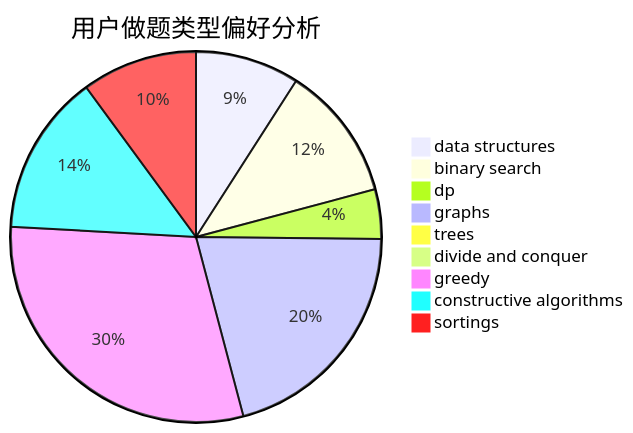
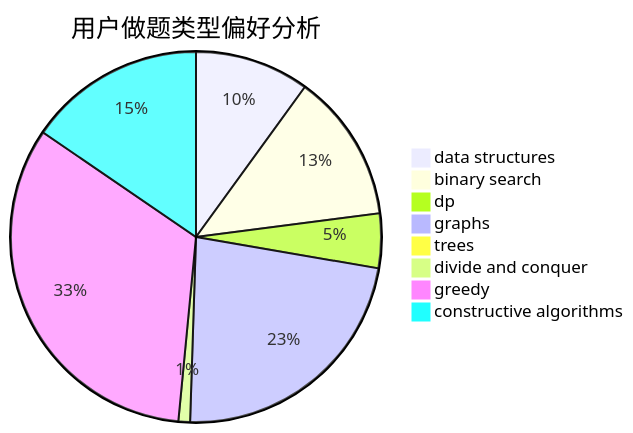
The second of 3 diagrams in docs/user/u43.md (sherpahu/cfrs.github.io), drawn with Mermaid before and after one commit. The commit also changed other lines of this file and 2769 other files, not shown here.

````diff
--- a/docs/user/u43.md
+++ b/docs/user/u43.md
@@ -18,12 +18,11 @@
 ```mermaid
 pie title 用户做题类型偏好分析
     "data structures" :  128
     "binary search" :  166
     "dp" :  61
     "graphs" :  292
     "trees" :  9
     "divide and conquer" :  13
     "greedy" :  423
     "constructive algorithms" :  198
-    "sortings" :  142
 ```
````
